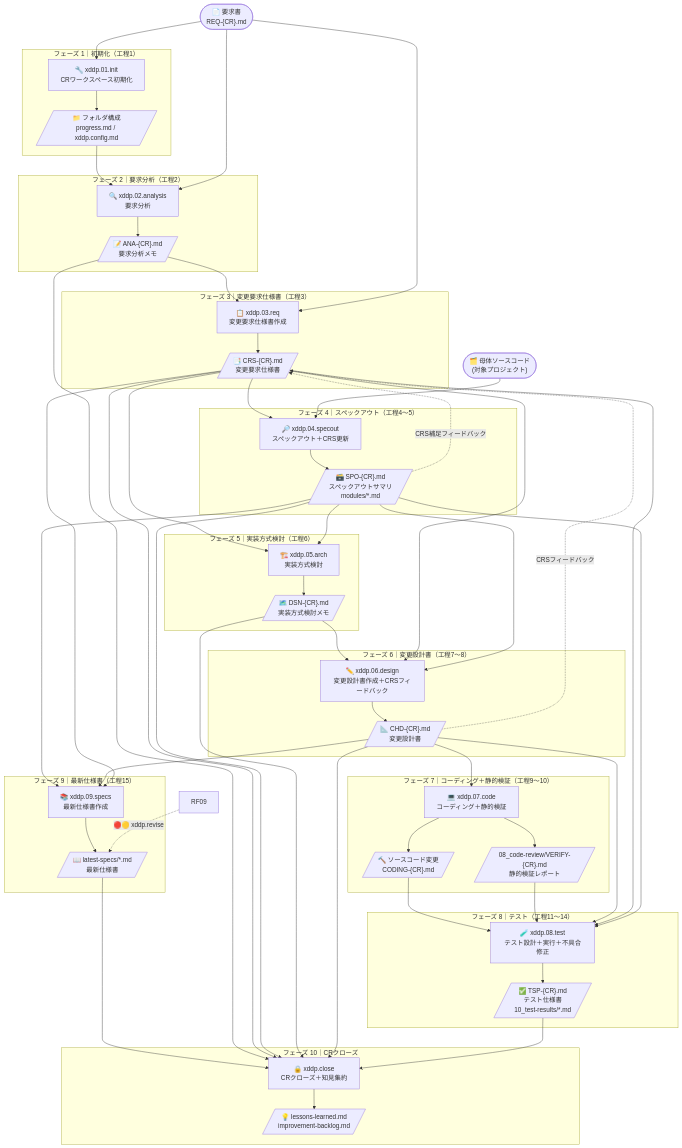
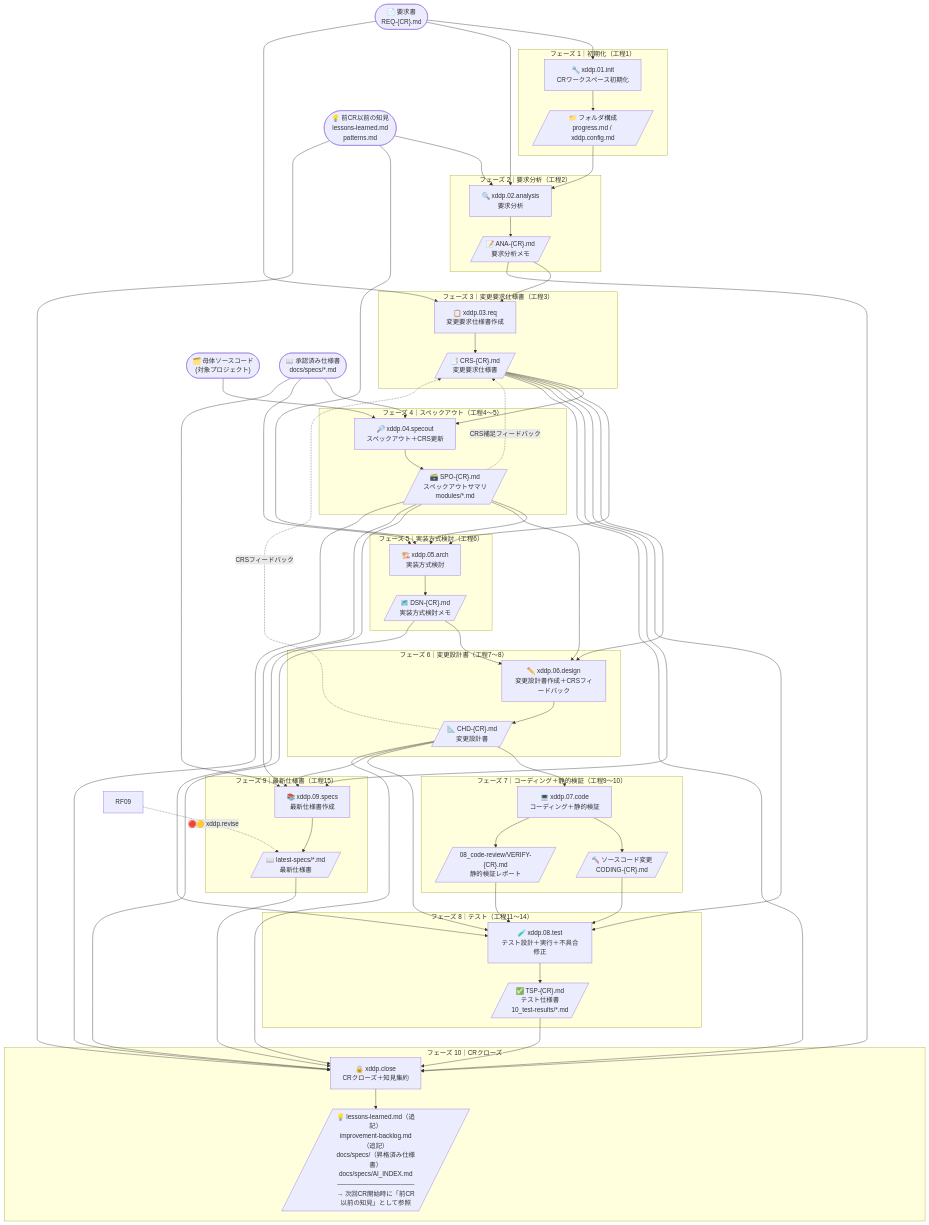
Before and after one commit to tsuna44/XddpSettings: the third of 4 diagrams in docs/xddp-process-dfd.md, drawn with Mermaid. The commit also changed other lines of this file and 1 other file, not shown here.

Commit message:
過去の知見を今回のプロジェクトに反映ステップを追加

```diff
--- a/docs/xddp-process-dfd.md
+++ b/docs/xddp-process-dfd.md
@@ -66,6 +66,8 @@
     %% ─── 外部入力 ───
     REQ(["📄 要求書<br/>REQ-{CR}.md"])
     SRC(["🗂️ 母体ソースコード<br/>(対象プロジェクト)"])
+    KNW(["💡 前CR以前の知見<br/>lessons-learned.md<br/>patterns.md"])
+    SPECS(["📖 承認済み仕様書<br/>docs/specs/*.md"])
 
     %% ─── フェーズ1: 初期化 ───
     subgraph PH1["フェーズ 1｜初期化（工程1）"]
@@ -125,7 +127,7 @@
     %% ─── フェーズ10: クローズ ───
     subgraph PH10["フェーズ 10｜CRクローズ"]
         S10["🔒 xddp.close<br/>CRクローズ＋知見集約"]
-        A10[/"💡 lessons-learned.md<br/>improvement-backlog.md"/]
+        A10[/"💡 lessons-learned.md（追記）<br/>improvement-backlog.md（追記）<br/>docs/specs/（昇格済み仕様書）<br/>docs/specs/AI_INDEX.md<br/>─────────────────<br/>→ 次回CR開始時に「前CR以前の知見」として参照"/]
     end
 
     %% ─── 主フロー ───
@@ -133,6 +135,7 @@
     S01 --> A01
     A01 --> S02
     REQ --> S02
+    KNW --> S02
     S02 --> A02
     A02 --> S03
     REQ --> S03
@@ -140,11 +143,14 @@
 
     A03 --> S04
     SRC --> S04
+    SPECS --> S04
     S04 --> A04
     A04 -.->|"CRS補足フィードバック"| A03
 
     A03 --> S05
     A04 --> S05
+    KNW --> S05
+    SPECS --> S05
     S05 --> A05
 
     A05 --> S06
@@ -166,9 +172,11 @@
     A04 --> S09
     A06 --> S09
     A03 --> S09
+    SPECS --> S09
     S09 --> A09
     A09 --> S10
 
+    KNW --> S10
     A02 --> S10
     A03 --> S10
     A04 --> S10
```
